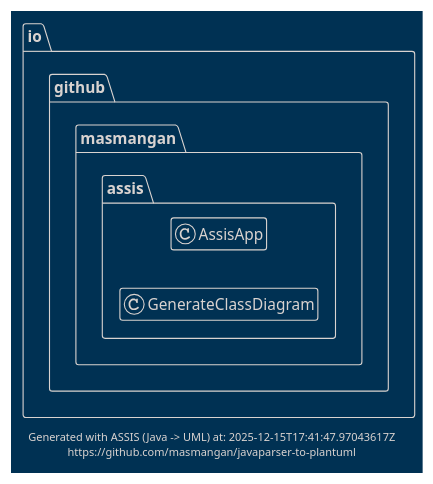
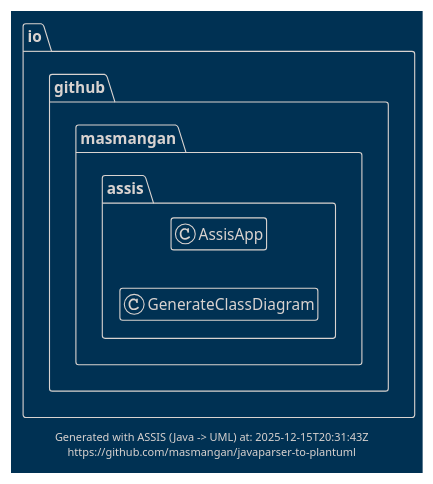
Before and after one commit to masmangan/javaparser-to-plantuml: the diagram in docs/uml/class-diagram.puml, drawn with PlantUML. The commit also changed 1 other file, not shown here.

```diff
--- a/docs/uml/class-diagram.puml
+++ b/docs/uml/class-diagram.puml
@@ -1,16 +1,16 @@
 @startuml class-diagram
 hide empty members
 !theme blueprint
 package "io.github.masmangan.assis" {
 class AssisApp
 class GenerateClassDiagram
 }
 
 left to right direction
 
 center footer
-Generated with ASSIS (Java -> UML) at: 2025-12-15T17:41:47.97043617Z
+Generated with ASSIS (Java -> UML) at: 2025-12-15T20:31:43Z
 https://github.com/masmangan/javaparser-to-plantuml
 end footer
 
 @enduml
```
